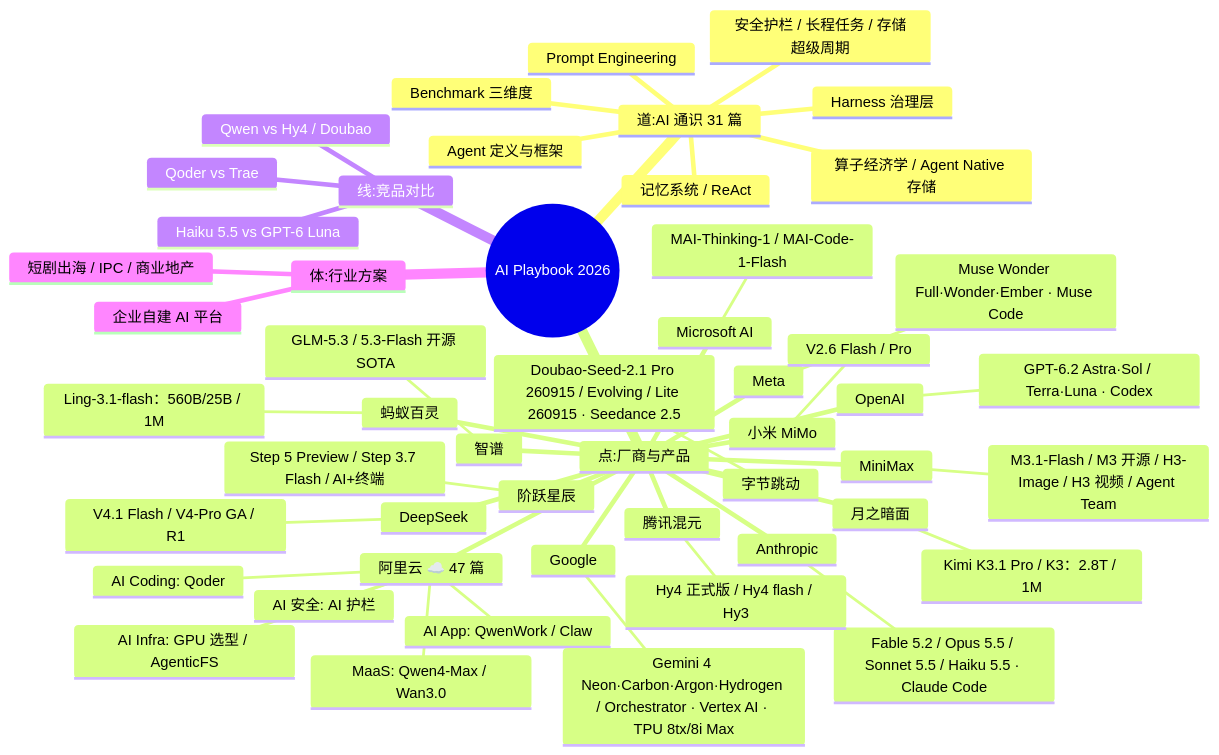
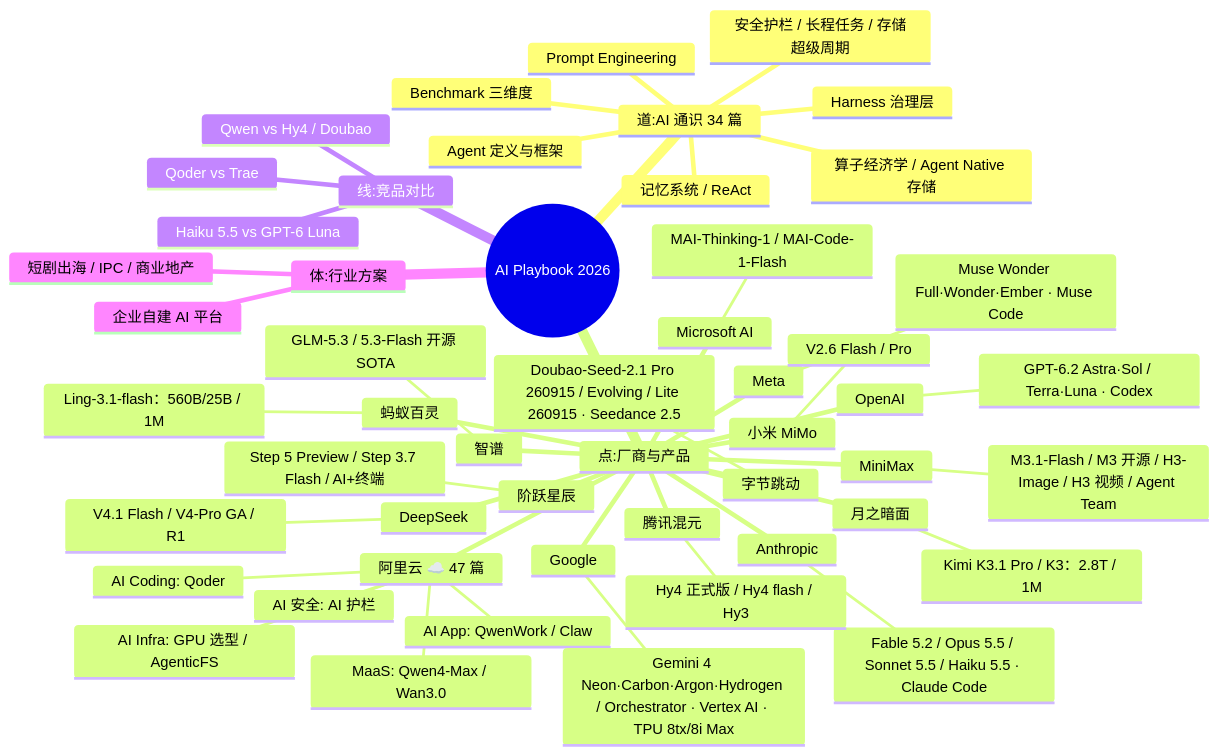
The first of 2 diagrams in README.md (EthanNiWorld/ai-playbook-2026), drawn with Mermaid before and after one commit. The commit also changed other lines of this file and 10 other files, not shown here.

````diff
--- a/README.md
+++ b/README.md
@@ -154,54 +154,54 @@
 ```mermaid
 mindmap
   root((AI Playbook 2026))
-    道:AI 通识 31 篇
+    道:AI 通识 34 篇
       Agent 定义与框架
       Harness 治理层
       Prompt Engineering
       Benchmark 三维度
       记忆系统 / ReAct
       安全护栏 / 长程任务 / 存储超级周期
       算子经济学 / Agent Native 存储
     点:厂商与产品
       阿里云 ☁️ 47 篇
         MaaS: Qwen4-Max / Wan3.0
         AI Coding: Qoder
         AI App: QwenWork / Claw
         AI Infra: GPU 选型 / AgenticFS
         AI 安全: AI 护栏
       Anthropic
         Fable 5.2 / Opus 5.5 / Sonnet 5.5 / Haiku 5.5 · Claude Code
       OpenAI
         GPT-6.2 Astra·Sol / Terra·Luna · Codex
       Google
         Gemini 4 Neon·Carbon·Argon·Hydrogen / Orchestrator · Vertex AI · TPU 8tx/8i Max
       Microsoft AI
         MAI-Thinking-1 / MAI-Code-1-Flash
       Meta
         Muse Wonder Full·Wonder·Ember · Muse Code
       DeepSeek
         V4.1 Flash / V4-Pro GA / R1
       智谱
         GLM-5.3 / 5.3-Flash 开源 SOTA
       月之暗面
         Kimi K3.1 Pro / K3：2.8T / 1M
       MiniMax
         M3.1-Flash / M3 开源 / H3-Image / H3 视频 / Agent Team
       字节跳动
         Doubao-Seed-2.1 Pro 260915 / Evolving / Lite 260915 · Seedance 2.5
       腾讯混元
         Hy4 正式版 / Hy4 flash / Hy3
       小米 MiMo
         V2.6 Flash / Pro
       阶跃星辰
         Step 5 Preview / Step 3.7 Flash / AI+终端
       蚂蚁百灵
         Ling-3.1-flash：560B/25B / 1M
     线:竞品对比
       Qoder vs Trae
       Qwen vs Hy4 / Doubao
       Haiku 5.5 vs GPT-6 Luna
     体:行业方案
       企业自建 AI 平台
       短剧出海 / IPC / 商业地产
 ```
````
